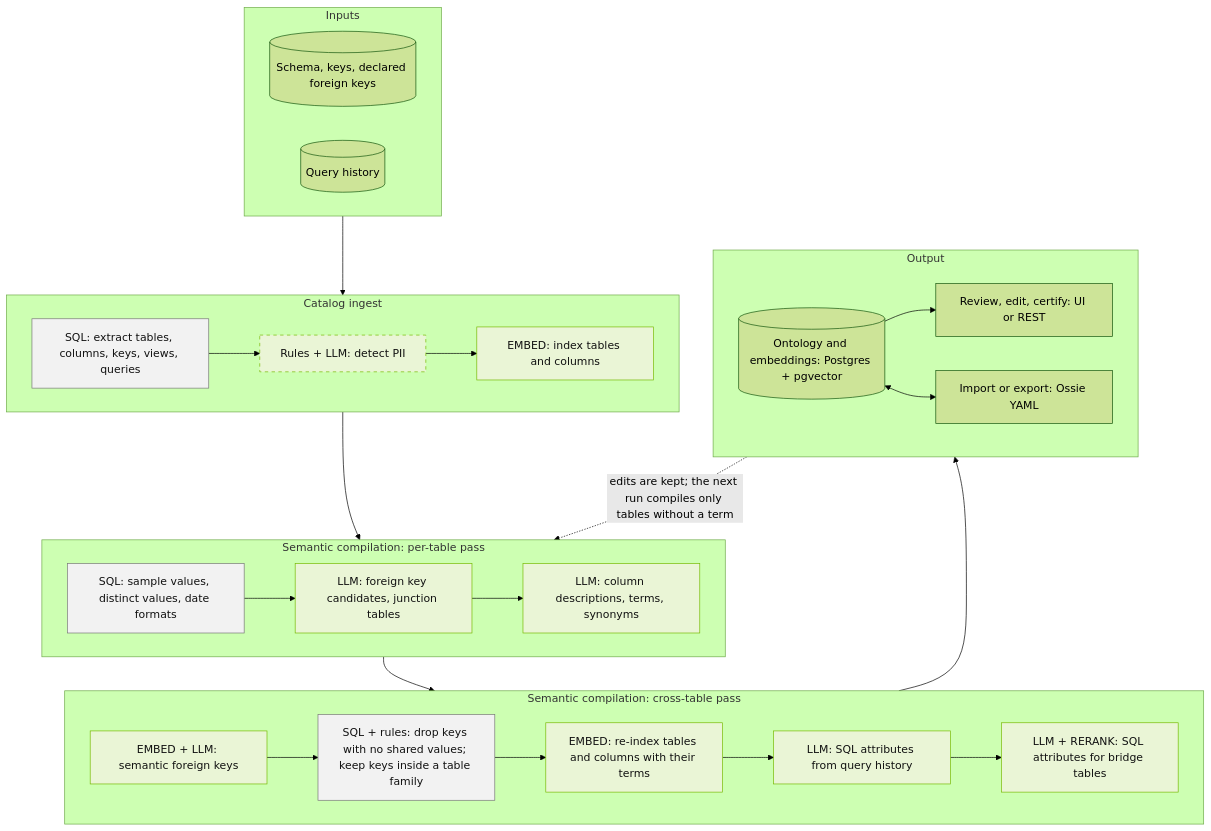
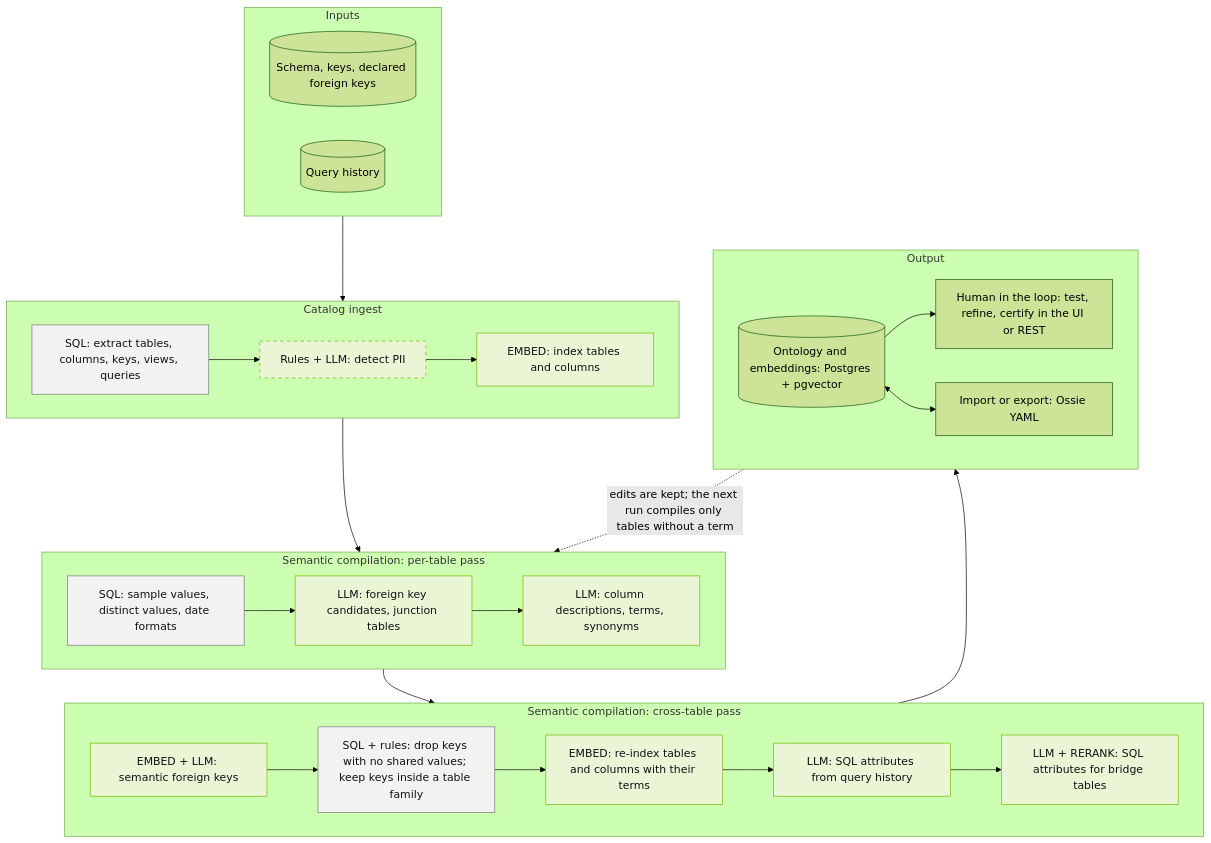
Before and after one commit to NVIDIA/auto-ontology: the third of 6 diagrams in docs/architecture.md, drawn with Mermaid (forest theme). The commit also changed other lines of this file and 1 other file, not shown here.

First line of the commit message:
Write the tool-flow steps as bullets and fold Certify into Generate

````diff
--- a/docs/architecture.md
+++ b/docs/architecture.md
@@ -190,33 +190,33 @@
 ```mermaid
 flowchart TD
   subgraph inputs["Inputs"]
     direction LR
     i1[("Schema, keys, declared foreign keys")]
     i2[("Query history")]
   end
   subgraph ingest["Catalog ingest"]
     direction LR
     c1["SQL: extract tables, columns, keys, views, queries"] --> c2["Rules + LLM: detect PII"] --> c3["EMBED: index tables and columns"]
   end
   subgraph pertable["Semantic compilation: per-table pass"]
     direction LR
     p1["SQL: sample values, distinct values, date formats"] --> p2["LLM: foreign key candidates, junction tables"] --> p3["LLM: column descriptions, terms, synonyms"]
   end
   subgraph cross["Semantic compilation: cross-table pass"]
     direction LR
     x1["EMBED + LLM: semantic foreign keys"] --> x2["SQL + rules: drop keys with no shared values; keep keys inside a table family"] --> x5["EMBED: re-index tables and columns with their terms"] --> x3["LLM: SQL attributes from query history"] --> x4["LLM + RERANK: SQL attributes for bridge tables"]
   end
   subgraph output["Output"]
     direction LR
-    o1[("Ontology and embeddings: Postgres + pgvector")] --> o2["Review, edit, certify: UI or REST"]
+    o1[("Ontology and embeddings: Postgres + pgvector")] --> o2["Human in the loop: test, refine, certify in the UI or REST"]
     o1 <--> o3["Import or export: Ossie YAML"]
   end
   inputs --> ingest --> pertable --> cross --> output
   output -. "edits are kept; the next run compiles only tables without a term" .-> pertable
   classDef model fill:#eaf5d6,stroke:#76b900,color:#111
   classDef det fill:#f2f2f2,stroke:#777,color:#111
   classDef optional stroke-dasharray:5 5
   class c2,c3,p2,p3,x1,x5,x3,x4 model
   class c1,p1,x2 det
   class c2 optional
 ```
````
